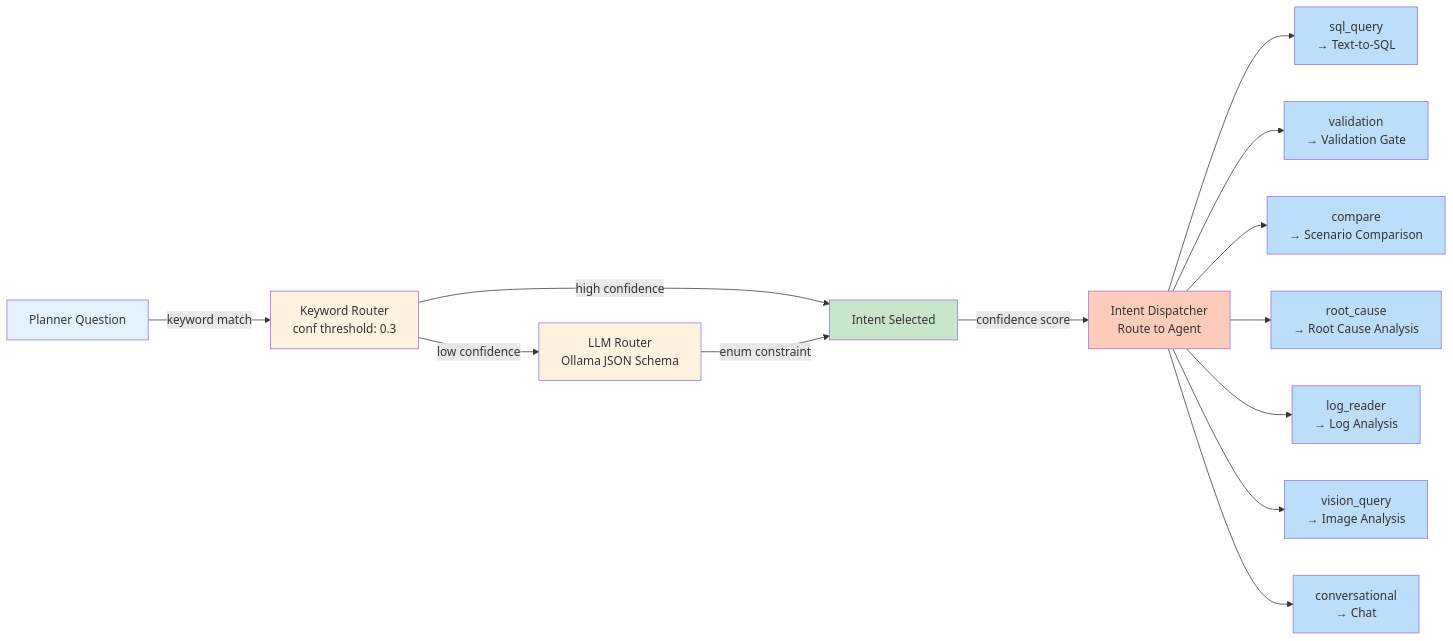
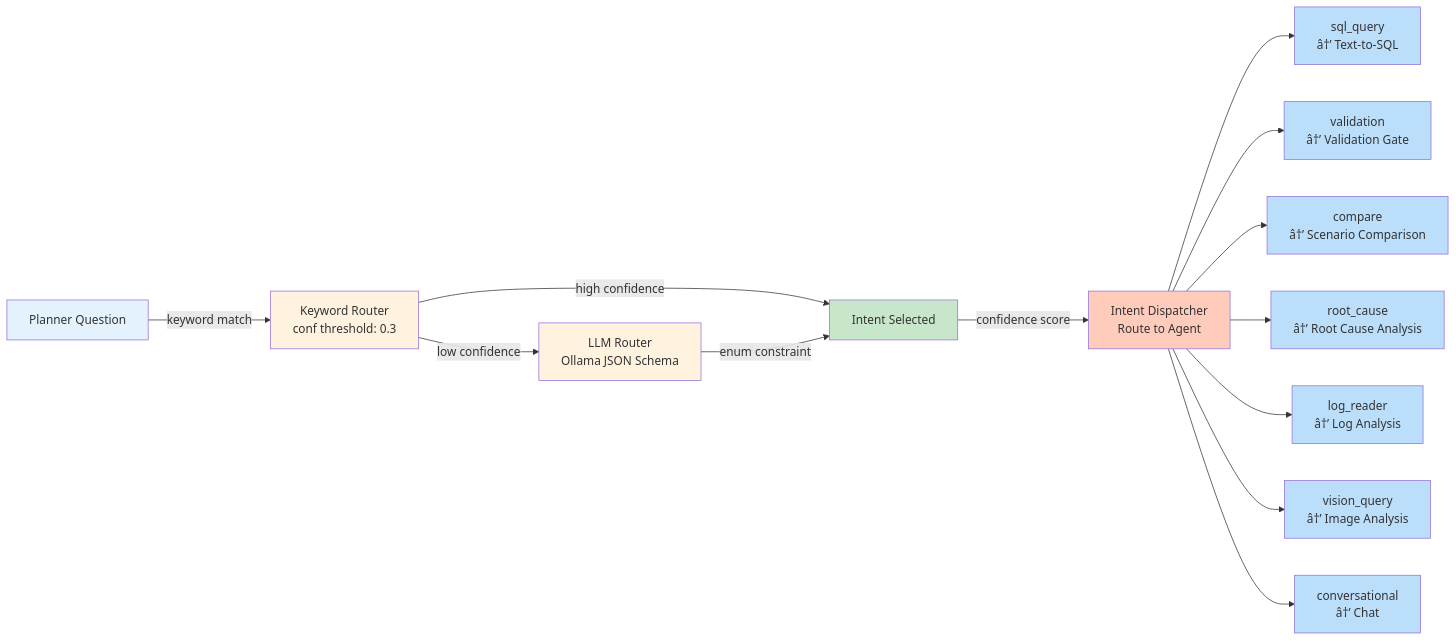
One commit to jyotiranjanojha/ifsupplystory changed the second of 4 diagrams in README.md. Above: the diagram before and after it, drawn with Mermaid. The commit also changed other lines of this file and 1 other file, not shown here.

````diff
--- a/README.md
+++ b/README.md
@@ -159,32 +158,32 @@
 ```mermaid
 graph LR
     Q["Planner Question"]
     Q -->|keyword match| KWRouter["Keyword Router<br/>conf threshold: 0.3"]
     
     KWRouter -->|low confidence| LLM["LLM Router<br/>Ollama JSON Schema"]
     KWRouter -->|high confidence| Intent["Intent Selected"]
     
     LLM -->|enum constraint| Intent
     Intent -->|confidence score| Dispatcher["Intent Dispatcher<br/>Route to Agent"]
     
-    Dispatcher --> S1["sql_query<br/>→ Text-to-SQL"]
-    Dispatcher --> S2["validation<br/>→ Validation Gate"]
-    Dispatcher --> S3["compare<br/>→ Scenario Comparison"]
-    Dispatcher --> S4["root_cause<br/>→ Root Cause Analysis"]
-    Dispatcher --> S5["log_reader<br/>→ Log Analysis"]
-    Dispatcher --> S6["vision_query<br/>→ Image Analysis"]
-    Dispatcher --> S7["conversational<br/>→ Chat"]
+    Dispatcher --> S1["sql_query<br/>â†’ Text-to-SQL"]
+    Dispatcher --> S2["validation<br/>â†’ Validation Gate"]
+    Dispatcher --> S3["compare<br/>â†’ Scenario Comparison"]
+    Dispatcher --> S4["root_cause<br/>â†’ Root Cause Analysis"]
+    Dispatcher --> S5["log_reader<br/>â†’ Log Analysis"]
+    Dispatcher --> S6["vision_query<br/>â†’ Image Analysis"]
+    Dispatcher --> S7["conversational<br/>â†’ Chat"]
     
     style Q fill:#E3F2FD
     style KWRouter fill:#FFF3E0
     style LLM fill:#FFF3E0
     style Intent fill:#C8E6C9
     style Dispatcher fill:#FFCCBC
     style S1 fill:#BBDEFB
     style S2 fill:#BBDEFB
     style S3 fill:#BBDEFB
     style S4 fill:#BBDEFB
     style S5 fill:#BBDEFB
     style S6 fill:#BBDEFB
     style S7 fill:#BBDEFB
 ```
````
